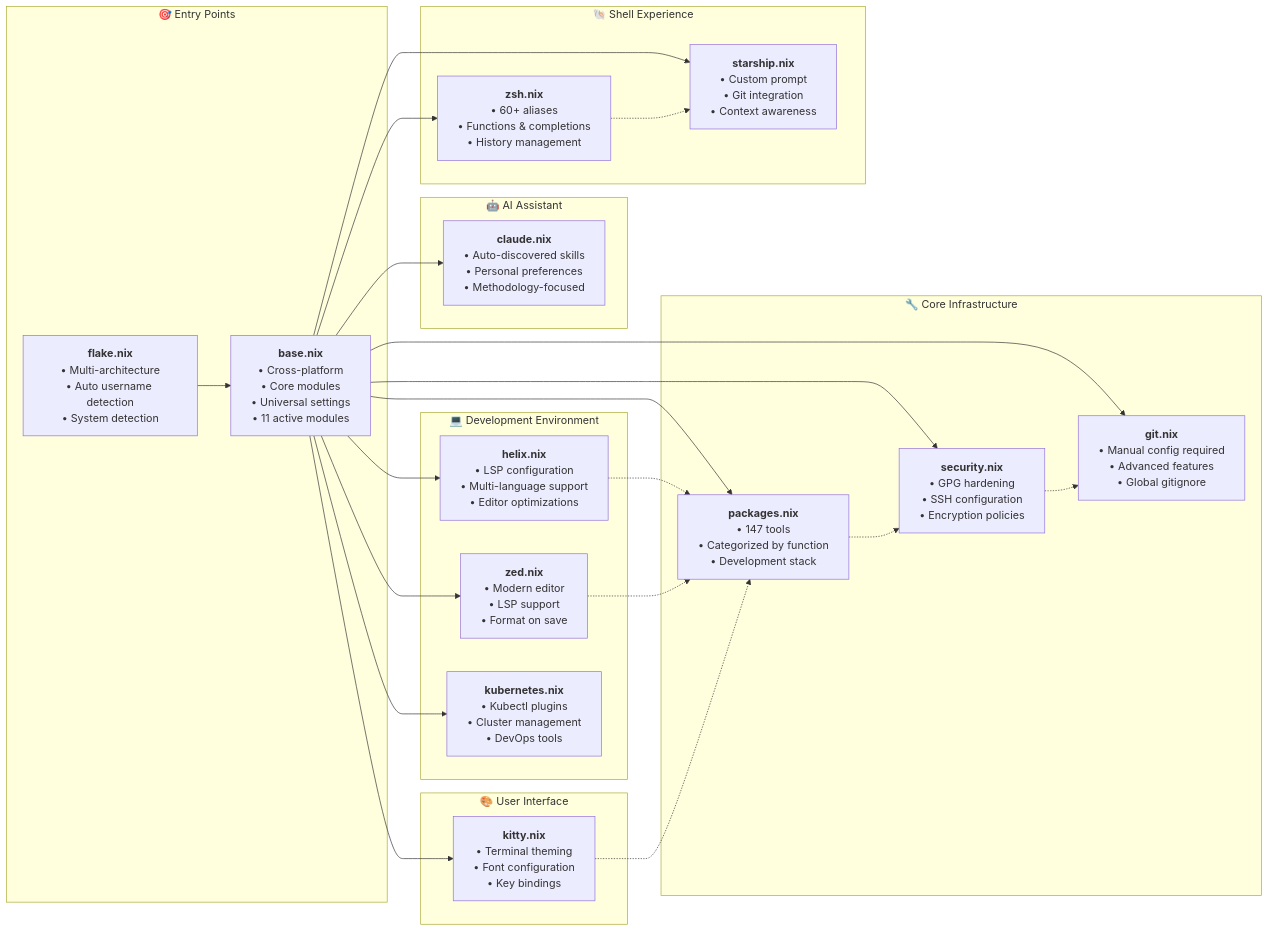
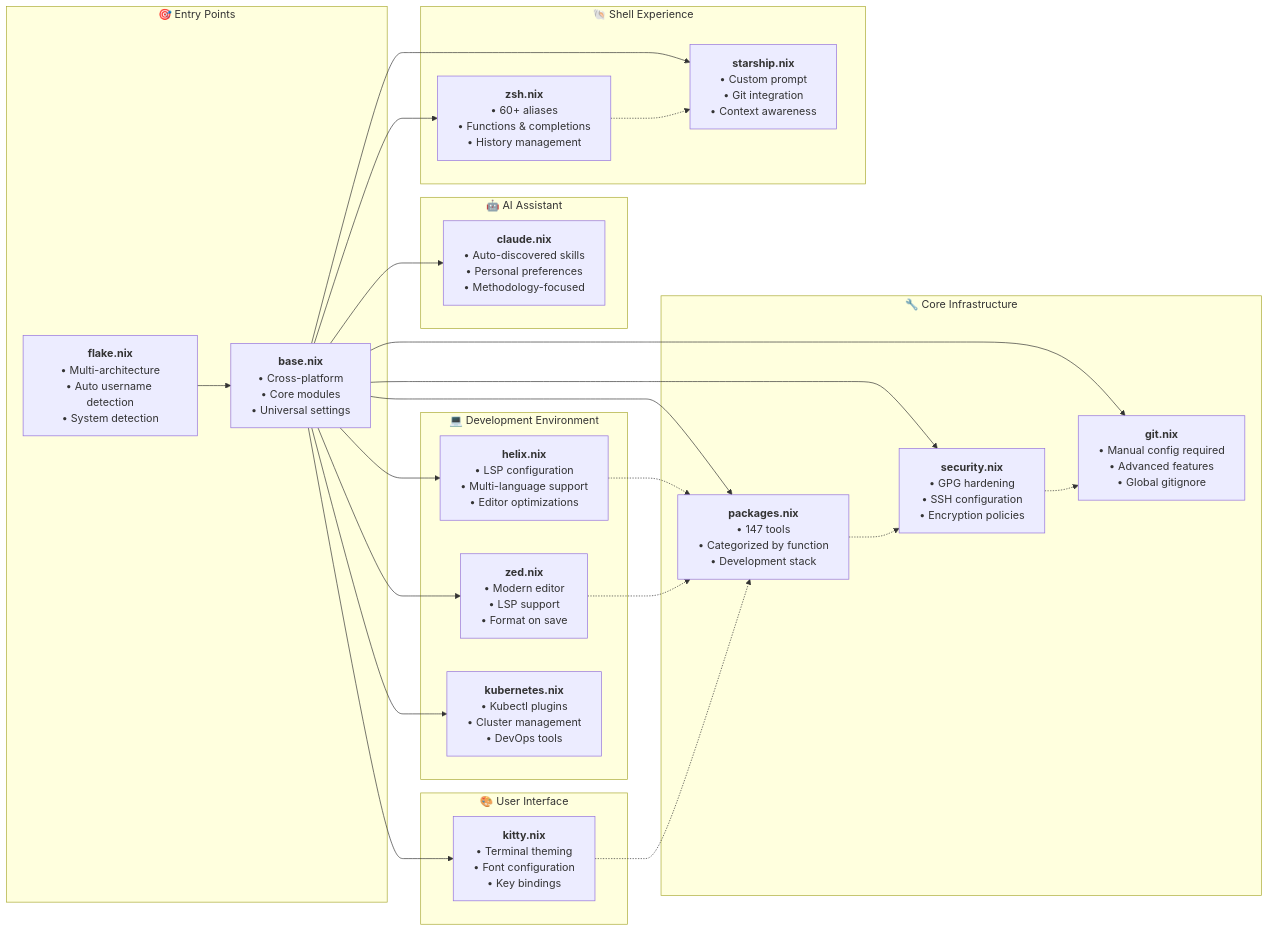
The third of 6 diagrams in docs/ARCHITECTURE.md (pampatzoglou/home-manager), drawn with Mermaid before and after one commit. The commit also changed other lines of this file and 49 other files, not shown here.

First line of the commit message:
docs: fix module count and remove stale content in README and ARCHITECTURE

```diff
--- a/docs/ARCHITECTURE.md
+++ b/docs/ARCHITECTURE.md
@@ -140,8 +140,7 @@
         base["`**base.nix**
         • Cross-platform
         • Core modules
-        • Universal settings
-        • 11 active modules`"]
+        • Universal settings`"]
     end
 
     subgraph "🔧 Core Infrastructure"
```
